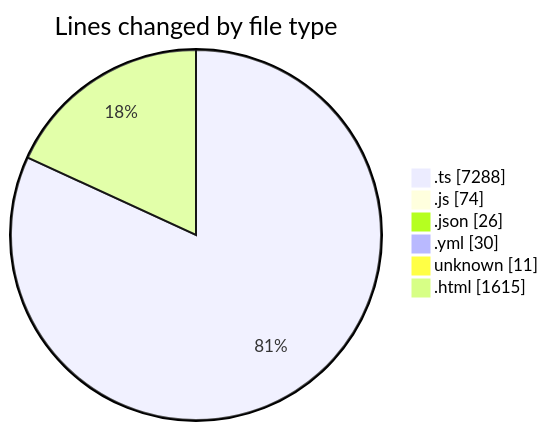
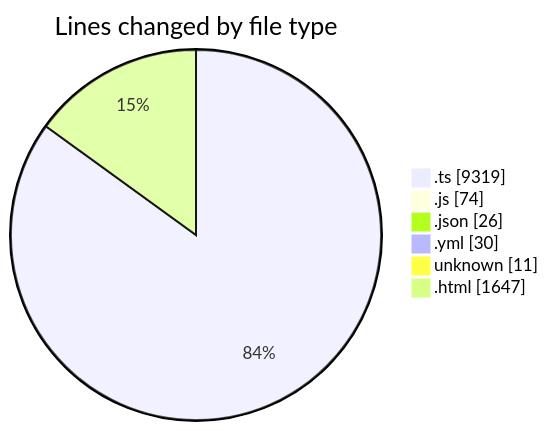
Before and after one commit to tmsrecording-cyber/code-tracking: the first of 2 diagrams in 2026-02-07/singularitybrainai/README.md, drawn with Mermaid. The commit also changed other lines of this file and 1 other file, not shown here.

````diff
--- a/2026-02-07/singularitybrainai/README.md
+++ b/2026-02-07/singularitybrainai/README.md
@@ -42,10 +43,10 @@
 ```mermaid
 pie showData
 title Lines changed by file type
-".ts" : 7288
+".ts" : 9319
 ".js" : 74
 ".json" : 26
 ".yml" : 30
 "unknown" : 11
-".html" : 1615
+".html" : 1647
 ```
````
